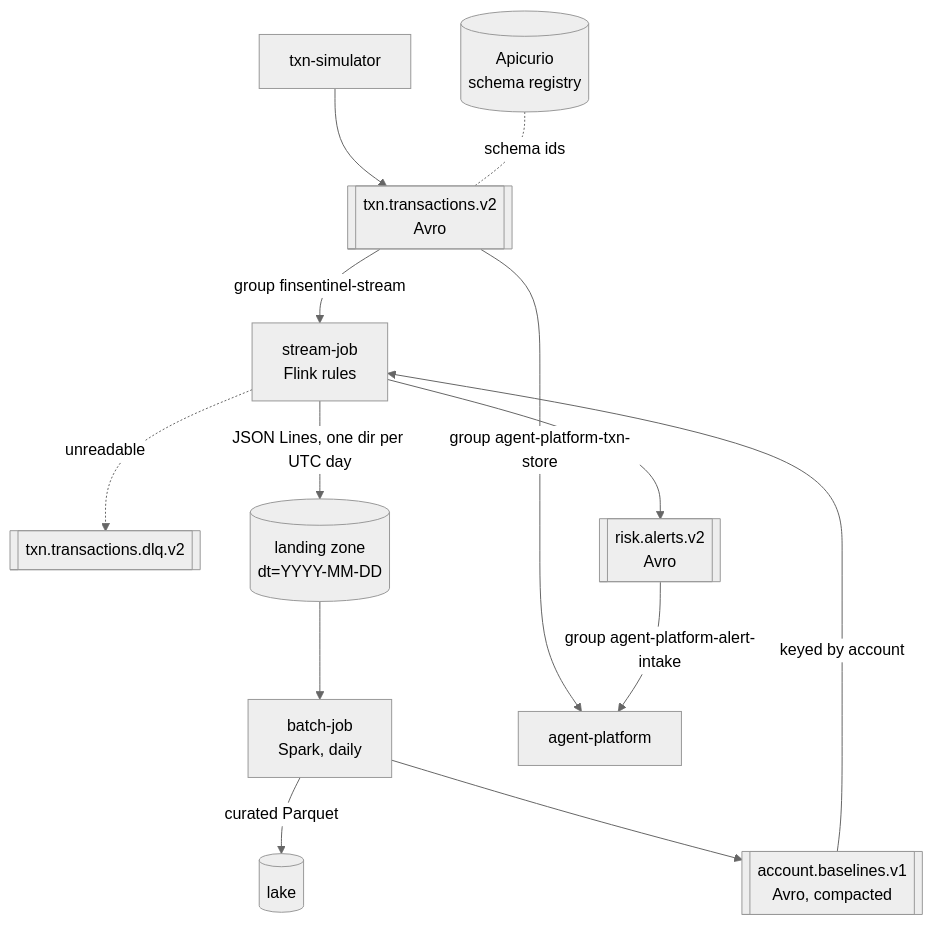
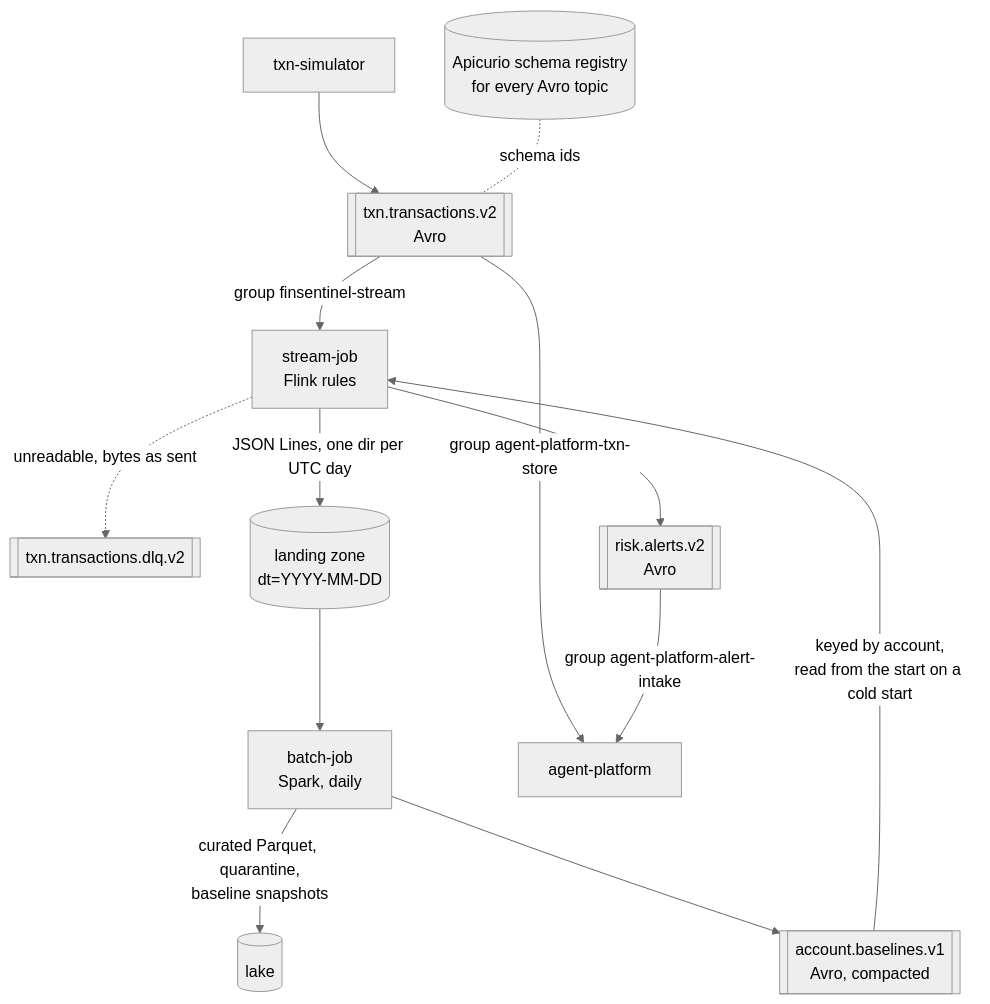
One commit to hongming-github/finsentinel changed the first of 2 diagrams in README.md. Above: the diagram before and after it, drawn with Mermaid (neutral theme). The commit also changed other lines of this file, not shown here.

First line of the commit message:
README: bring the architecture diagrams up to date

````diff
--- a/README.md
+++ b/README.md
@@ -11,15 +11,15 @@
 ```mermaid
 flowchart TB
     SIM[txn-simulator] --> TX[[txn.transactions.v2<br/>Avro]]
-    SR[(Apicurio<br/>schema registry)] -.-|schema ids| TX
+    SR[(Apicurio schema registry<br/>for every Avro topic)] -.-|schema ids| TX
     TX -->|group finsentinel-stream| F[stream-job<br/>Flink rules]
-    F -.->|unreadable| DLQ[[txn.transactions.dlq.v2]]
+    F -.->|unreadable, bytes as sent| DLQ[[txn.transactions.dlq.v2]]
     F --> AL[[risk.alerts.v2<br/>Avro]]
     F -->|JSON Lines, one dir per UTC day| LZ[(landing zone<br/>dt=YYYY-MM-DD)]
     LZ --> SP[batch-job<br/>Spark, daily]
-    SP -->|curated Parquet| LK[(lake)]
+    SP -->|curated Parquet, quarantine,<br/>baseline snapshots| LK[(lake)]
     SP --> BL[[account.baselines.v1<br/>Avro, compacted]]
-    BL -->|keyed by account| F
+    BL -->|keyed by account,<br/>read from the start on a cold start| F
     TX -->|group agent-platform-txn-store| P[agent-platform]
     AL -->|group agent-platform-alert-intake| P
 ```
````
